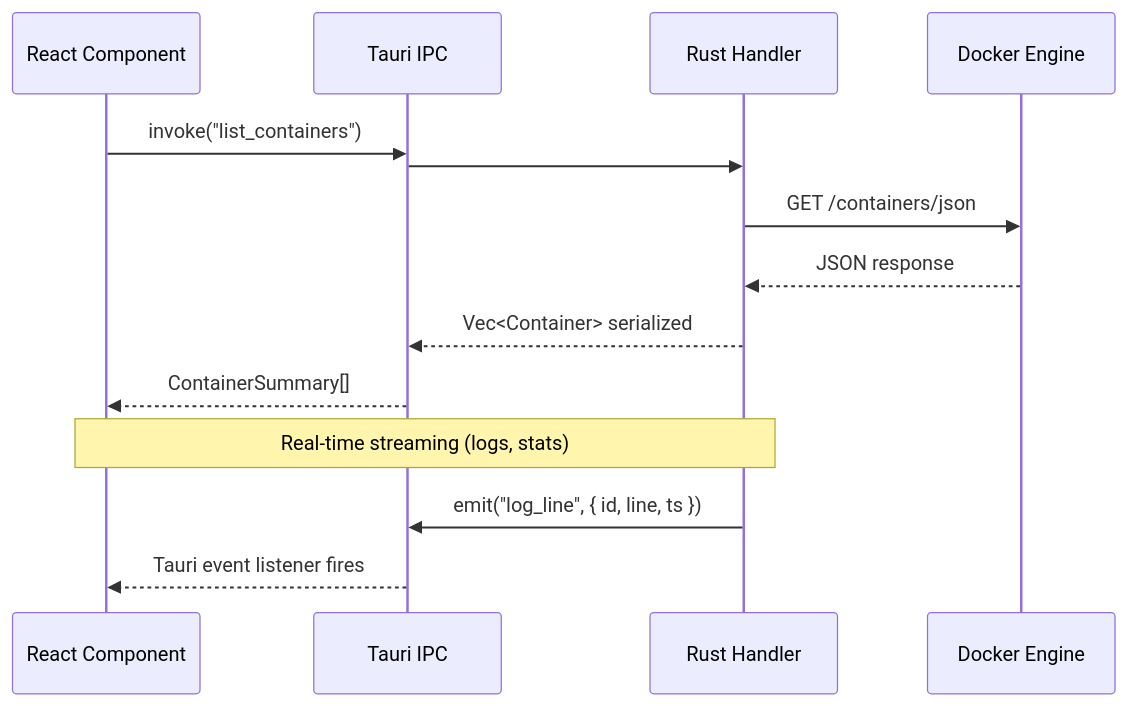
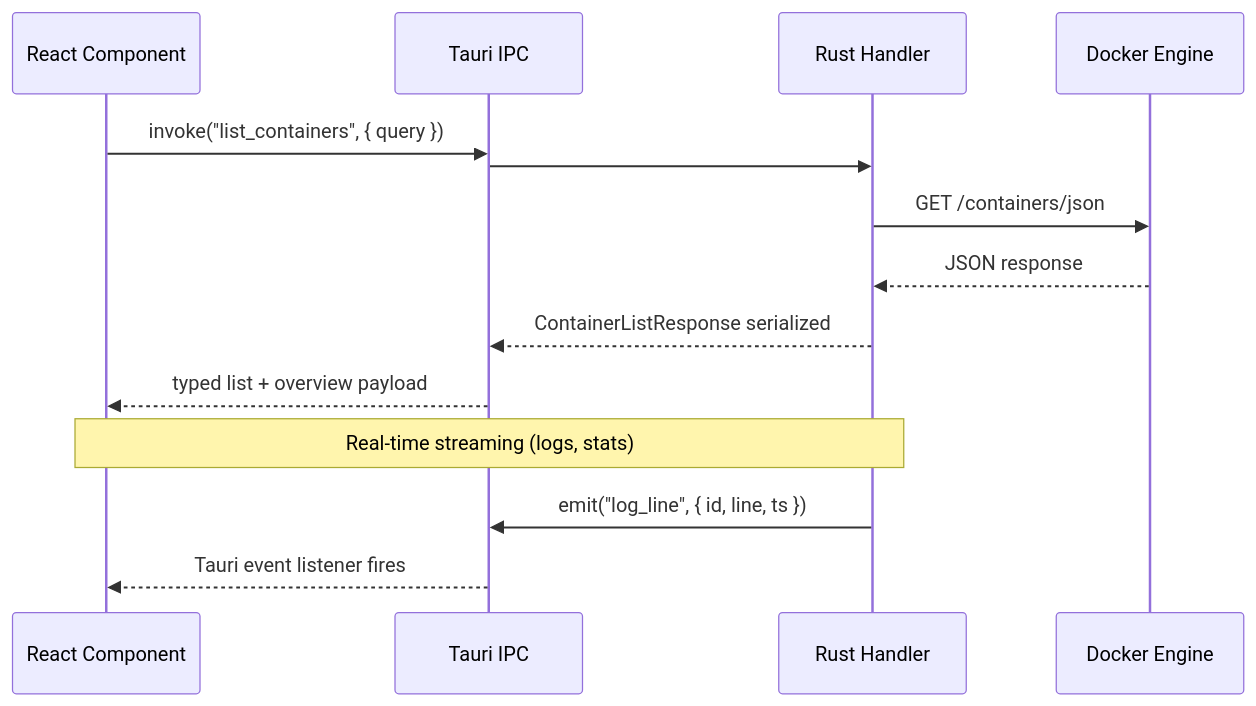
Before and after one commit to cm-collins/dockerlens: the third of 14 diagrams in docs/Requirements/TRD.md, drawn with Mermaid. The commit also changed other lines of this file and 2 other files, not shown here.

First line of the commit message:
Enhance container management features in PRD and TRD

````diff
--- a/docs/Requirements/TRD.md
+++ b/docs/Requirements/TRD.md
@@ -115,18 +115,18 @@
 ```mermaid
 sequenceDiagram
     participant REACT as React Component
     participant IPC as Tauri IPC
     participant RUST as Rust Handler
     participant DOCKER as Docker Engine
 
-    REACT->>IPC: invoke("list_containers")
+    REACT->>IPC: invoke("list_containers", { query })
     IPC->>RUST: #[tauri::command] fires
     RUST->>DOCKER: GET /containers/json
     DOCKER-->>RUST: JSON response
-    RUST-->>IPC: Vec<Container> serialized
-    IPC-->>REACT: ContainerSummary[]
+    RUST-->>IPC: ContainerListResponse serialized
+    IPC-->>REACT: typed list + overview payload
 
     Note over RUST,REACT: Real-time streaming (logs, stats)
     RUST->>IPC: emit("log_line", { id, line, ts })
     IPC-->>REACT: Tauri event listener fires
 ```
````
